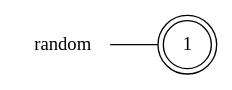
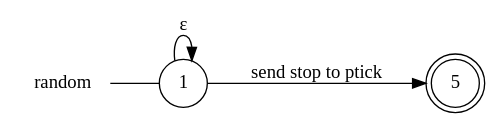
Before and after one commit to gabrielegenovese/chorer: the diagram in out/random_local_view.dot, drawn with Graphviz. The commit also changed 10 other files, not shown here.

```diff
--- a/out/random_local_view.dot
+++ b/out/random_local_view.dot
@@ -1,7 +1,10 @@
 digraph random {
 	rankdir="LR";
 	n_0 [label="random", shape="plaintext"];
-	n_1 [id="1", shape=doublecircle, label="1"];
-	n_0 -> n_1 [arrowhead=none];
+	n_1 [id="5", shape=doublecircle, label="5"];
+	n_2 [id="1", shape=circle, label="1"];
+	n_0 -> n_2 [arrowhead=none];
 
+	n_2 -> n_1 [id="[$e|7]", label="send stop to ptick"];
+	n_2 -> n_2 [id="[$e|6]", label="ɛ"];
 }
```
